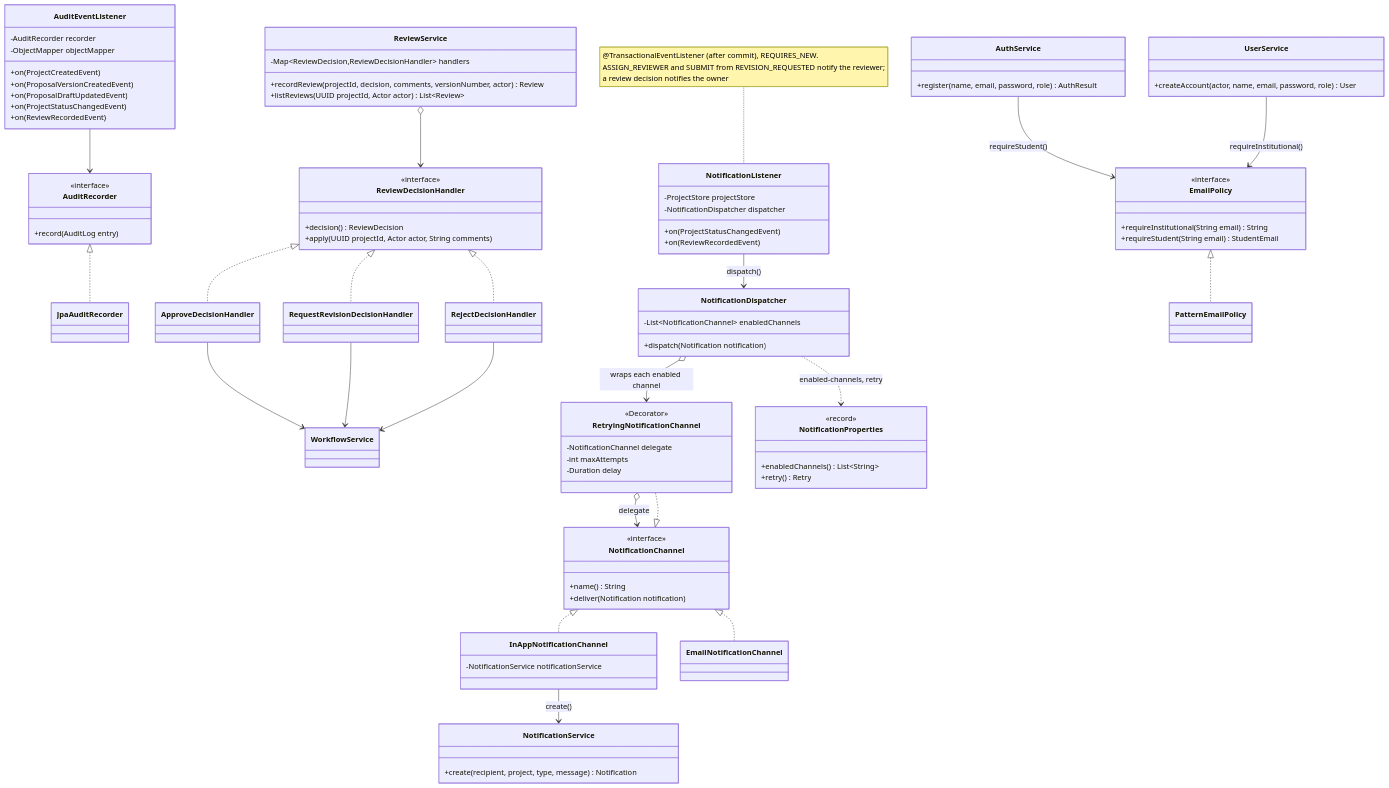
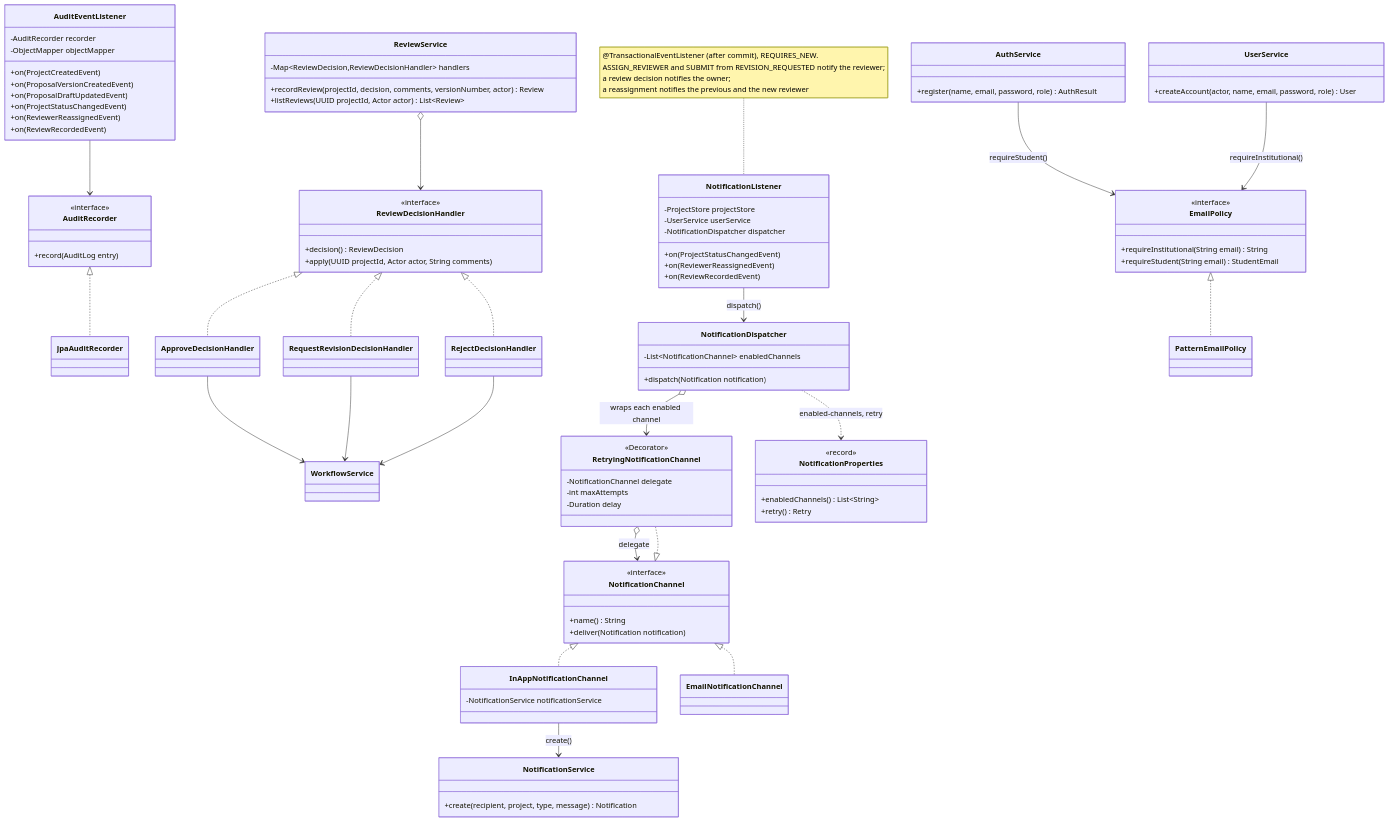
Diagram 11 of 11 in docs/diagrams.md (udita-0707/Prastaav), drawn with Mermaid before and after one commit. The commit also changed other lines of this file and 8 other files, not shown here.

Commit message:
docs(project): reviewer reassignment transition, contract and diagrams

```diff
--- a/docs/diagrams.md
+++ b/docs/diagrams.md
@@ -579,6 +592,7 @@
     +on(ProposalVersionCreatedEvent)
     +on(ProposalDraftUpdatedEvent)
     +on(ProjectStatusChangedEvent)
+    +on(ReviewerReassignedEvent)
     +on(ReviewRecordedEvent)
   }
   class AuditRecorder {
@@ -590,11 +604,13 @@
   AuditEventListener --> AuditRecorder
   class NotificationListener {
     -ProjectStore projectStore
+    -UserService userService
     -NotificationDispatcher dispatcher
     +on(ProjectStatusChangedEvent)
+    +on(ReviewerReassignedEvent)
     +on(ReviewRecordedEvent)
   }
-  note for NotificationListener "@TransactionalEventListener (after commit), REQUIRES_NEW.<br/>ASSIGN_REVIEWER and SUBMIT from REVISION_REQUESTED notify the reviewer;<br/>a review decision notifies the owner"
+  note for NotificationListener "@TransactionalEventListener (after commit), REQUIRES_NEW.<br/>ASSIGN_REVIEWER and SUBMIT from REVISION_REQUESTED notify the reviewer;<br/>a review decision notifies the owner;<br/>a reassignment notifies the previous and the new reviewer"
   NotificationListener --> NotificationDispatcher : dispatch()
   class ReviewDecisionHandler {
     <<interface>>
```
